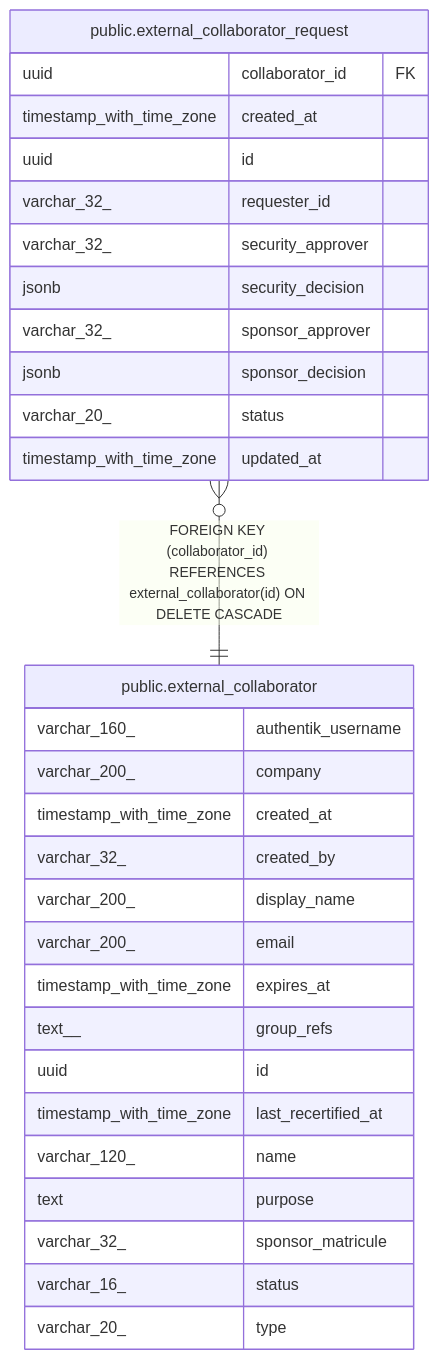
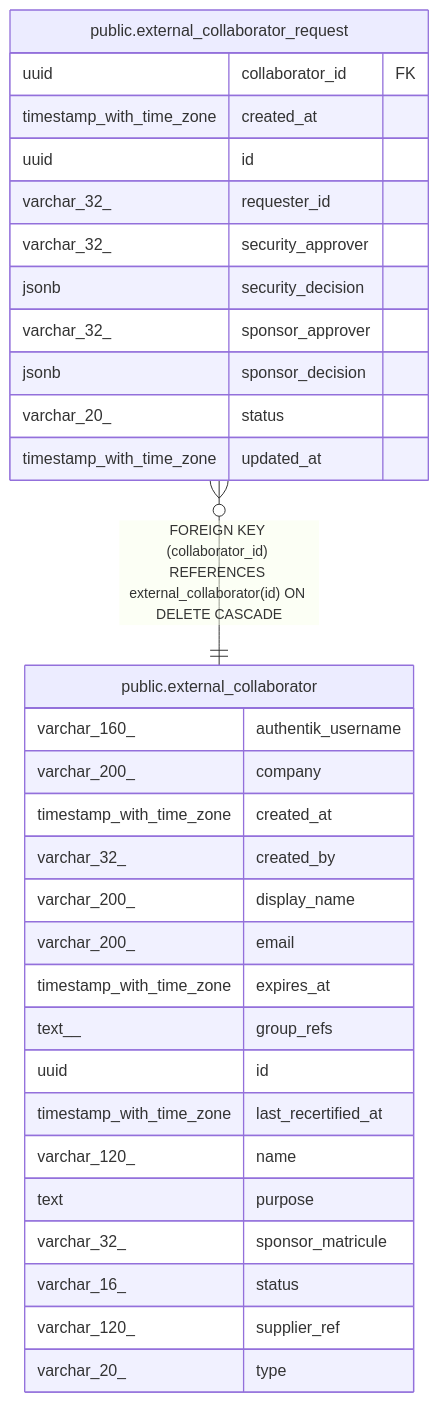
The diagram in backend/docs/data-model/public.external_collaborator_request.md (andrelair-platform/ktayl-iam), drawn with Mermaid before and after one commit. The commit also changed 3 other files, not shown here.

Commit message:
docs(erd): regenerate data-model for supplier_ref (ADR-010 pay-link)

````diff
--- a/backend/docs/data-model/public.external_collaborator_request.md
+++ b/backend/docs/data-model/public.external_collaborator_request.md
@@ -35,35 +35,36 @@
 ```mermaid
 erDiagram
 
 "public.external_collaborator_request" }o--|| "public.external_collaborator" : "FOREIGN KEY (collaborator_id) REFERENCES external_collaborator(id) ON DELETE CASCADE"
 
 "public.external_collaborator_request" {
   uuid collaborator_id FK
   timestamp_with_time_zone created_at
   uuid id
   varchar_32_ requester_id
   varchar_32_ security_approver
   jsonb security_decision
   varchar_32_ sponsor_approver
   jsonb sponsor_decision
   varchar_20_ status
   timestamp_with_time_zone updated_at
 }
 "public.external_collaborator" {
   varchar_160_ authentik_username
   varchar_200_ company
   timestamp_with_time_zone created_at
   varchar_32_ created_by
   varchar_200_ display_name
   varchar_200_ email
   timestamp_with_time_zone expires_at
   text__ group_refs
   uuid id
   timestamp_with_time_zone last_recertified_at
   varchar_120_ name
   text purpose
   varchar_32_ sponsor_matricule
   varchar_16_ status
+  varchar_120_ supplier_ref
   varchar_20_ type
 }
 ```
````
